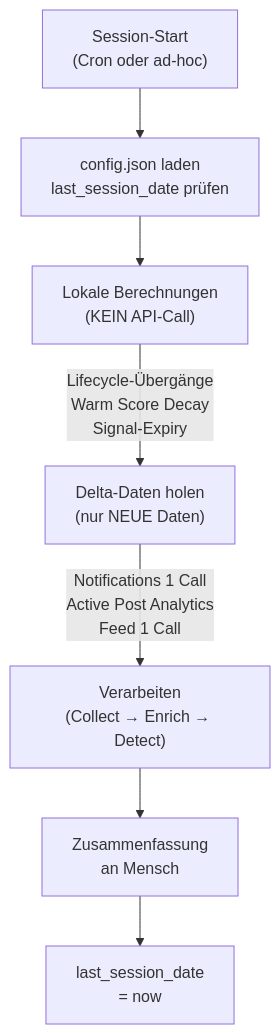
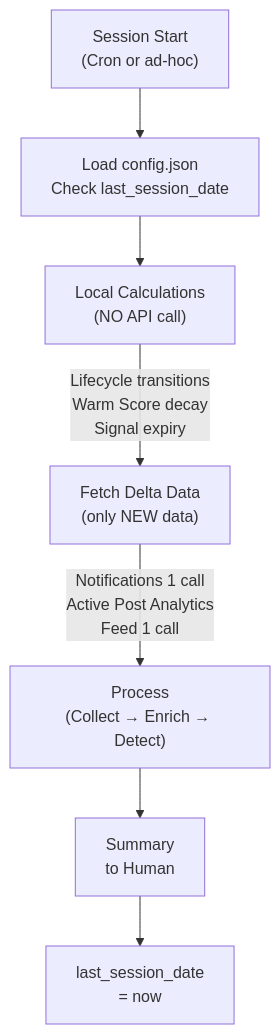
One commit to sabania/linkedin-cli changed the second of 8 diagrams in plugin/README.md. Above: the diagram before and after it, drawn with Mermaid. The commit also changed other lines of this file and 35 other files, not shown here.

````diff
--- a/plugin/README.md
+++ b/plugin/README.md
@@ -65,9 +65,9 @@
 ```mermaid
 graph TD
-    START["Session-Start<br/>(Cron oder ad-hoc)"] --> LOAD["config.json laden<br/>last_session_date prüfen"]
-    LOAD --> LOCAL["Lokale Berechnungen<br/>(KEIN API-Call)"]
-    LOCAL --> |"Lifecycle-Übergänge<br/>Warm Score Decay<br/>Signal-Expiry"| DELTA["Delta-Daten holen<br/>(nur NEUE Daten)"]
-    DELTA --> |"Notifications 1 Call<br/>Active Post Analytics<br/>Feed 1 Call"| PROCESS["Verarbeiten<br/>(Collect → Enrich → Detect)"]
-    PROCESS --> SUMMARY["Zusammenfassung<br/>an Mensch"]
+    START["Session Start<br/>(Cron or ad-hoc)"] --> LOAD["Load config.json<br/>Check last_session_date"]
+    LOAD --> LOCAL["Local Calculations<br/>(NO API call)"]
+    LOCAL --> |"Lifecycle transitions<br/>Warm Score decay<br/>Signal expiry"| DELTA["Fetch Delta Data<br/>(only NEW data)"]
+    DELTA --> |"Notifications 1 call<br/>Active Post Analytics<br/>Feed 1 call"| PROCESS["Process<br/>(Collect → Enrich → Detect)"]
+    PROCESS --> SUMMARY["Summary<br/>to Human"]
     SUMMARY --> UPDATE["last_session_date<br/>= now"]
 ```
````
